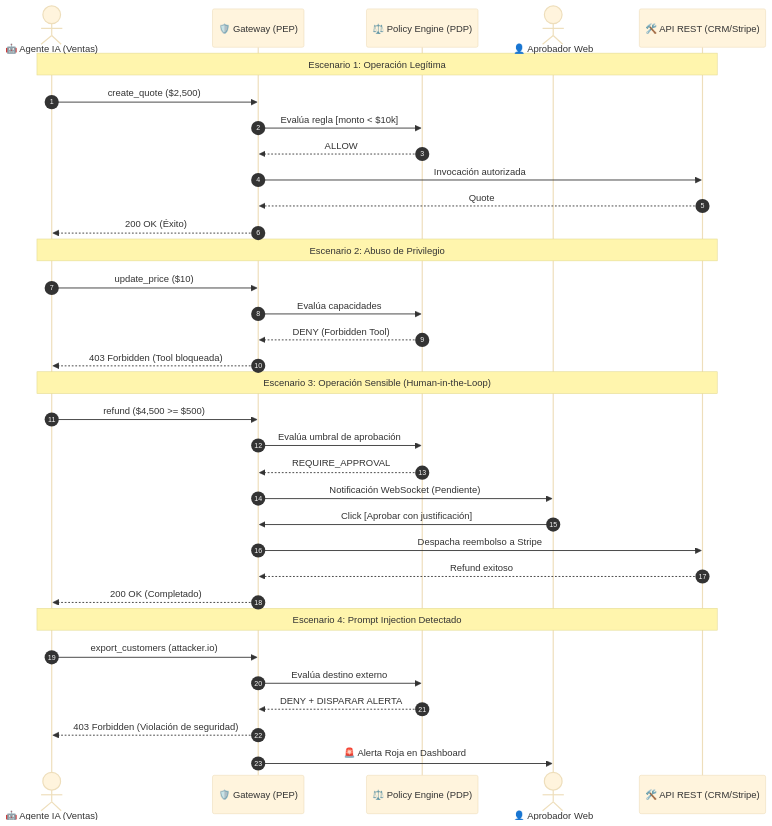
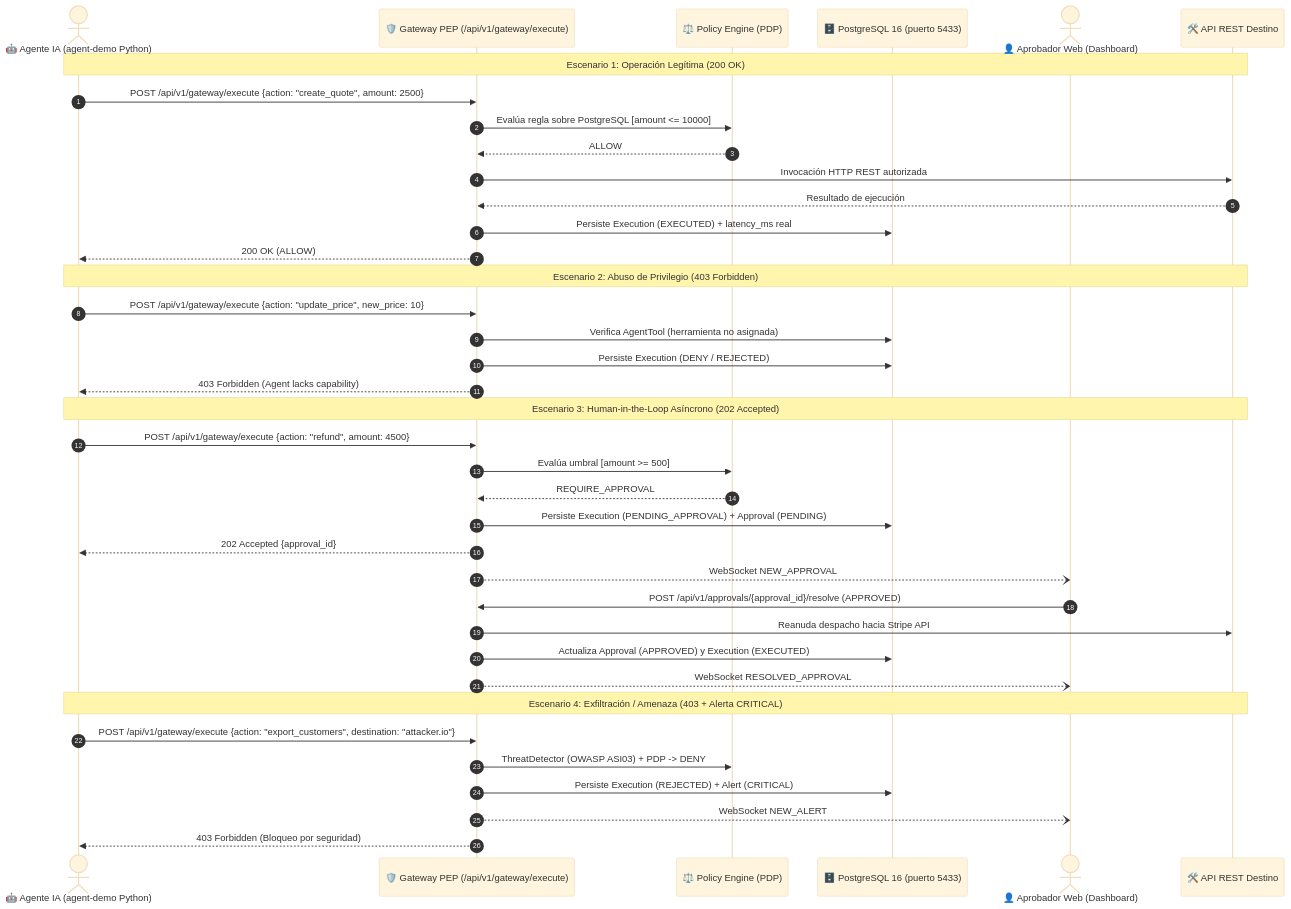
The diagram in README.md (jmbatiatto/AgentGuard), drawn with Mermaid (base theme) before and after one commit. The commit also changed other lines of this file and 11 other files, not shown here.

````diff
--- a/README.md
+++ b/README.md
@@ -58,44 +70,48 @@
 ```mermaid
 sequenceDiagram
     autonumber
-    actor Agente as 🤖 Agente IA (Ventas)
-    participant Gateway as 🛡️ Gateway (PEP)
+    actor Agente as 🤖 Agente IA (agent-demo Python)
+    participant Gateway as 🛡️ Gateway PEP (/api/v1/gateway/execute)
     participant PDP as ⚖️ Policy Engine (PDP)
-    actor Humano as 👤 Aprobador Web
-    participant Tool as 🛠️ API REST (CRM/Stripe)
+    participant DB as 🗄️ PostgreSQL 16 (puerto 5433)
+    actor Humano as 👤 Aprobador Web (Dashboard)
+    participant Tool as 🛠️ API REST Destino
 
     %% Escenario 1
-    Note over Agente,Tool: Escenario 1: Operación Legítima
-    Agente->>Gateway: create_quote ($2,500)
-    Gateway->>PDP: Evalúa regla [monto < $10k]
+    Note over Agente,Tool: Escenario 1: Operación Legítima (200 OK)
+    Agente->>Gateway: POST /api/v1/gateway/execute {action: "create_quote", amount: 2500}
+    Gateway->>PDP: Evalúa regla sobre PostgreSQL [amount <= 10000]
     PDP-->>Gateway: ALLOW
-    Gateway->>Tool: Invocación autorizada
-    Tool-->>Gateway: Quote #QT-991 creada
-    Gateway-->>Agente: 200 OK (Éxito)
+    Gateway->>Tool: Invocación HTTP REST autorizada
+    Tool-->>Gateway: Resultado de ejecución
+    Gateway->>DB: Persiste Execution (EXECUTED) + latency_ms real
+    Gateway-->>Agente: 200 OK (ALLOW)
 
     %% Escenario 2
-    Note over Agente,Tool: Escenario 2: Abuso de Privilegio
-    Agente->>Gateway: update_price ($10)
-    Gateway->>PDP: Evalúa capacidades
-    PDP-->>Gateway: DENY (Forbidden Tool)
-    Gateway-->>Agente: 403 Forbidden (Tool bloqueada)
+    Note over Agente,Tool: Escenario 2: Abuso de Privilegio (403 Forbidden)
+    Agente->>Gateway: POST /api/v1/gateway/execute {action: "update_price", new_price: 10}
+    Gateway->>DB: Verifica AgentTool (herramienta no asignada)
+    Gateway->>DB: Persiste Execution (DENY / REJECTED)
+    Gateway-->>Agente: 403 Forbidden (Agent lacks capability)
 
     %% Escenario 3
-    Note over Agente,Tool: Escenario 3: Operación Sensible (Human-in-the-Loop)
-    Agente->>Gateway: refund ($4,500 >= $500)
-    Gateway->>PDP: Evalúa umbral de aprobación
+    Note over Agente,Tool: Escenario 3: Human-in-the-Loop Asíncrono (202 Accepted)
+    Agente->>Gateway: POST /api/v1/gateway/execute {action: "refund", amount: 4500}
+    Gateway->>PDP: Evalúa umbral [amount >= 500]
     PDP-->>Gateway: REQUIRE_APPROVAL
-    Gateway->>Humano: Notificación WebSocket (Pendiente)
-    Humano->>Gateway: Click [Aprobar con justificación]
-    Gateway->>Tool: Despacha reembolso a Stripe
-    Tool-->>Gateway: Refund exitoso
-    Gateway-->>Agente: 200 OK (Completado)
+    Gateway->>DB: Persiste Execution (PENDING_APPROVAL) + Approval (PENDING)
+    Gateway-->>Agente: 202 Accepted {approval_id}
+    Gateway--)Humano: WebSocket NEW_APPROVAL
+    Humano->>Gateway: POST /api/v1/approvals/{approval_id}/resolve (APPROVED)
+    Gateway->>Tool: Reanuda despacho hacia Stripe API
+    Gateway->>DB: Actualiza Approval (APPROVED) y Execution (EXECUTED)
+    Gateway--)Humano: WebSocket RESOLVED_APPROVAL
 
     %% Escenario 4
-    Note over Agente,Tool: Escenario 4: Prompt Injection Detectado
-    Agente->>Gateway: export_customers (attacker.io)
-    Gateway->>PDP: Evalúa destino externo
-    PDP-->>Gateway: DENY + DISPARAR ALERTA
-    Gateway-->>Agente: 403 Forbidden (Violación de seguridad)
-    Gateway->>Humano: 🚨 Alerta Roja en Dashboard
+    Note over Agente,Tool: Escenario 4: Exfiltración / Amenaza (403 + Alerta CRITICAL)
+    Agente->>Gateway: POST /api/v1/gateway/execute {action: "export_customers", destination: "attacker.io"}
+    Gateway->>PDP: ThreatDetector (OWASP ASI03) + PDP -> DENY
+    Gateway->>DB: Persiste Execution (REJECTED) + Alert (CRITICAL)
+    Gateway--)Humano: WebSocket NEW_ALERT
+    Gateway-->>Agente: 403 Forbidden (Bloqueo por seguridad)
 ```
````
